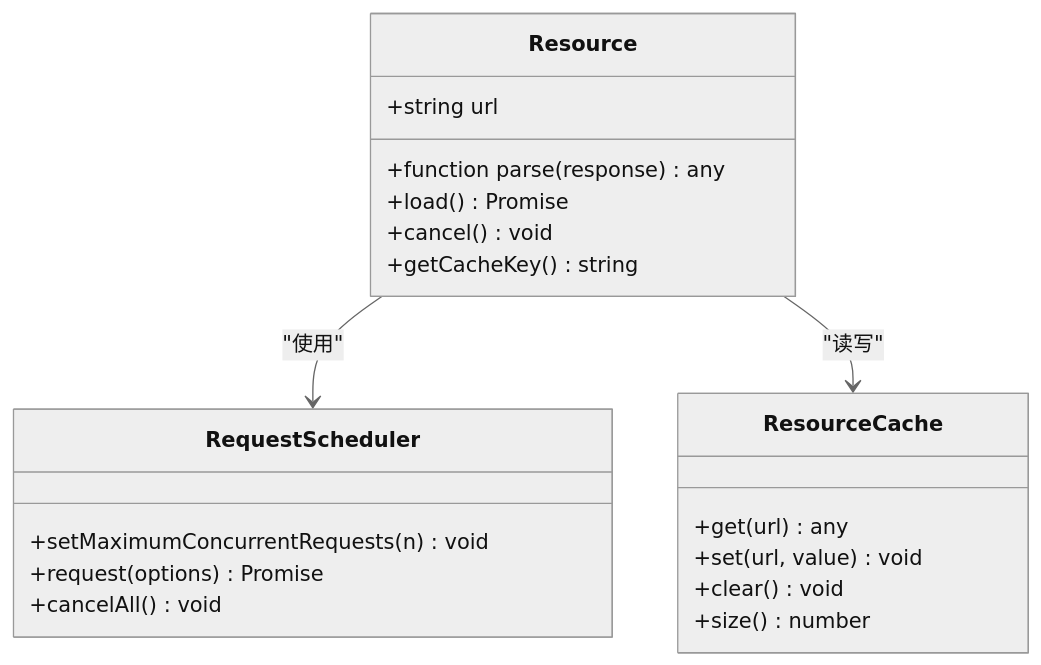
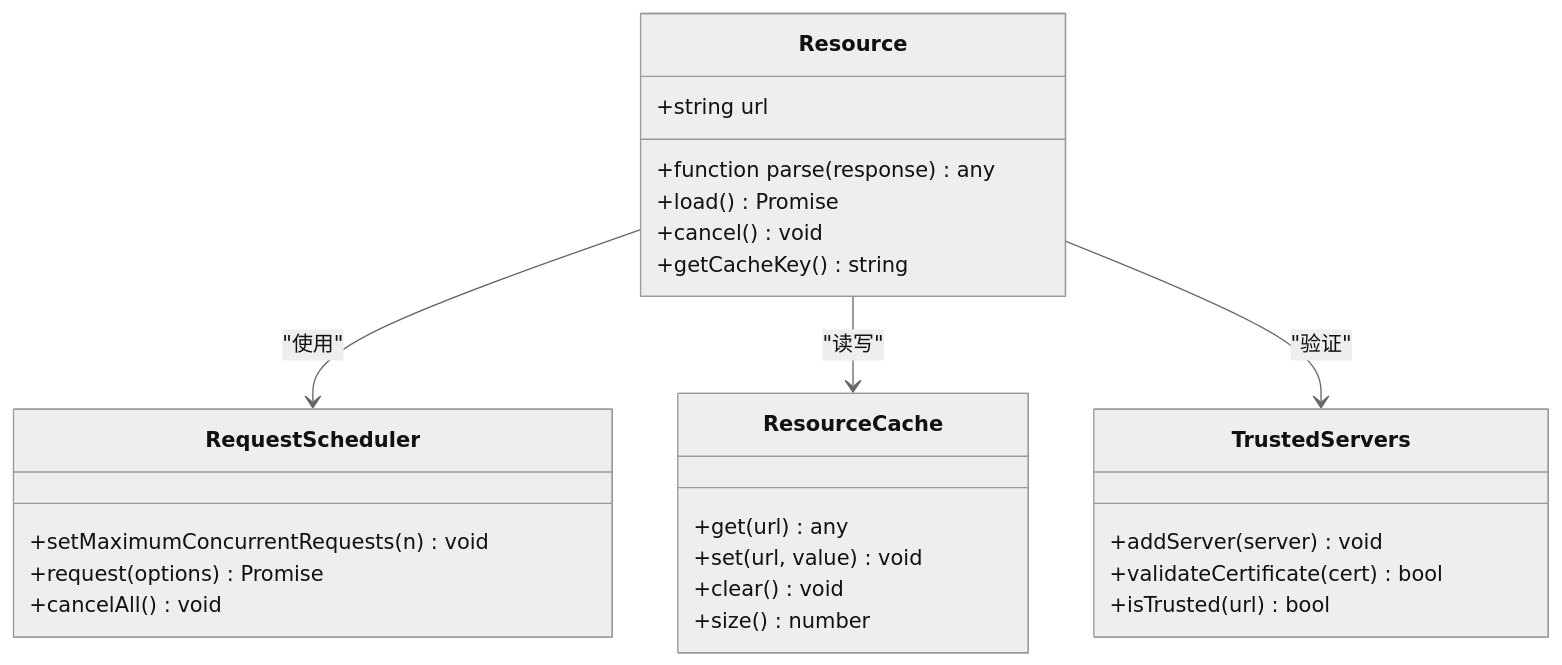
The third of 7 diagrams in .qoder/repowiki/zh/content/API参考文档/核心API/资源管理API/资源管理API.md (rzhangjing/cesium), drawn with Mermaid (neutral theme) before and after one commit. The commit also changed other lines of this file and 32 other files, not shown here.

````diff
--- a/.qoder/repowiki/zh/content/API参考文档/核心API/资源管理API/资源管理API.md
+++ b/.qoder/repowiki/zh/content/API参考文档/核心API/资源管理API/资源管理API.md
@@ -138,23 +143,29 @@
 ```mermaid
 classDiagram
 class Resource {
 +string url
 +function parse(response) any
 +load() Promise
 +cancel() void
 +getCacheKey() string
 }
 class RequestScheduler {
 +setMaximumConcurrentRequests(n) void
 +request(options) Promise
 +cancelAll() void
 }
 class ResourceCache {
 +get(url) any
 +set(url, value) void
 +clear() void
 +size() number
 }
+class TrustedServers {
++addServer(server) void
++validateCertificate(cert) bool
++isTrusted(url) bool
+}
 Resource --> RequestScheduler : "使用"
 Resource --> ResourceCache : "读写"
+Resource --> TrustedServers : "验证"
 ```
````
